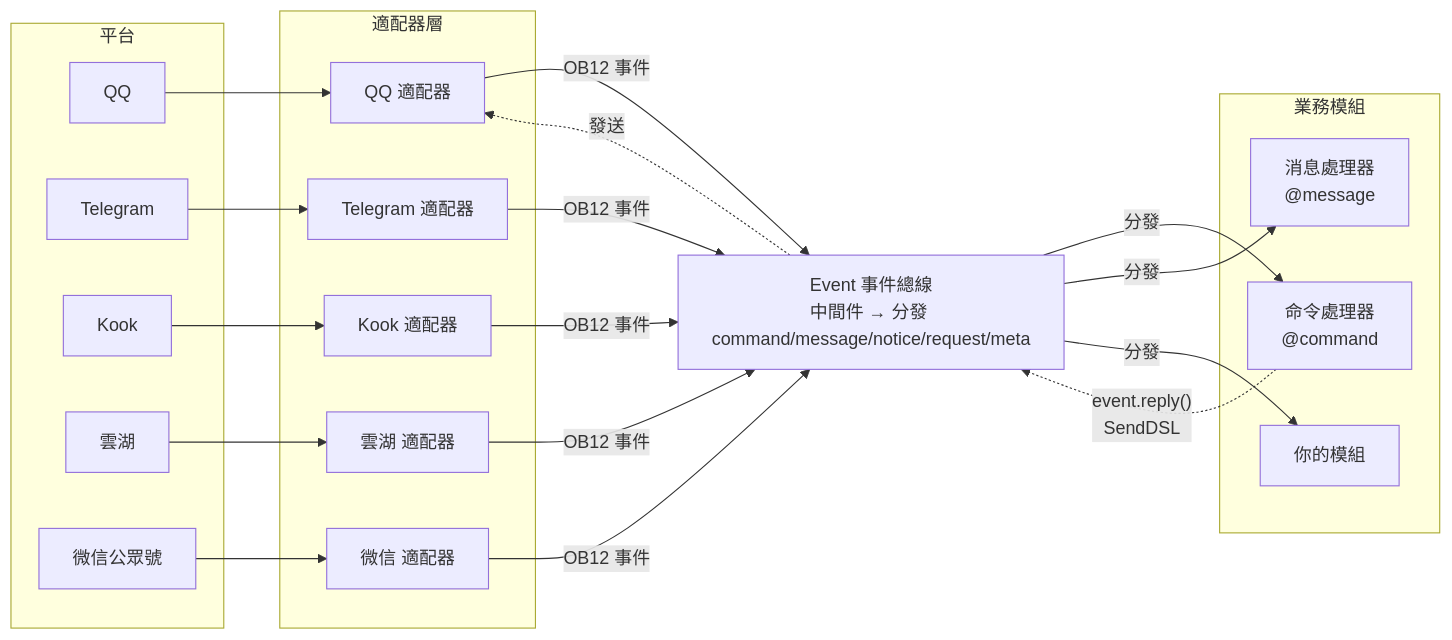
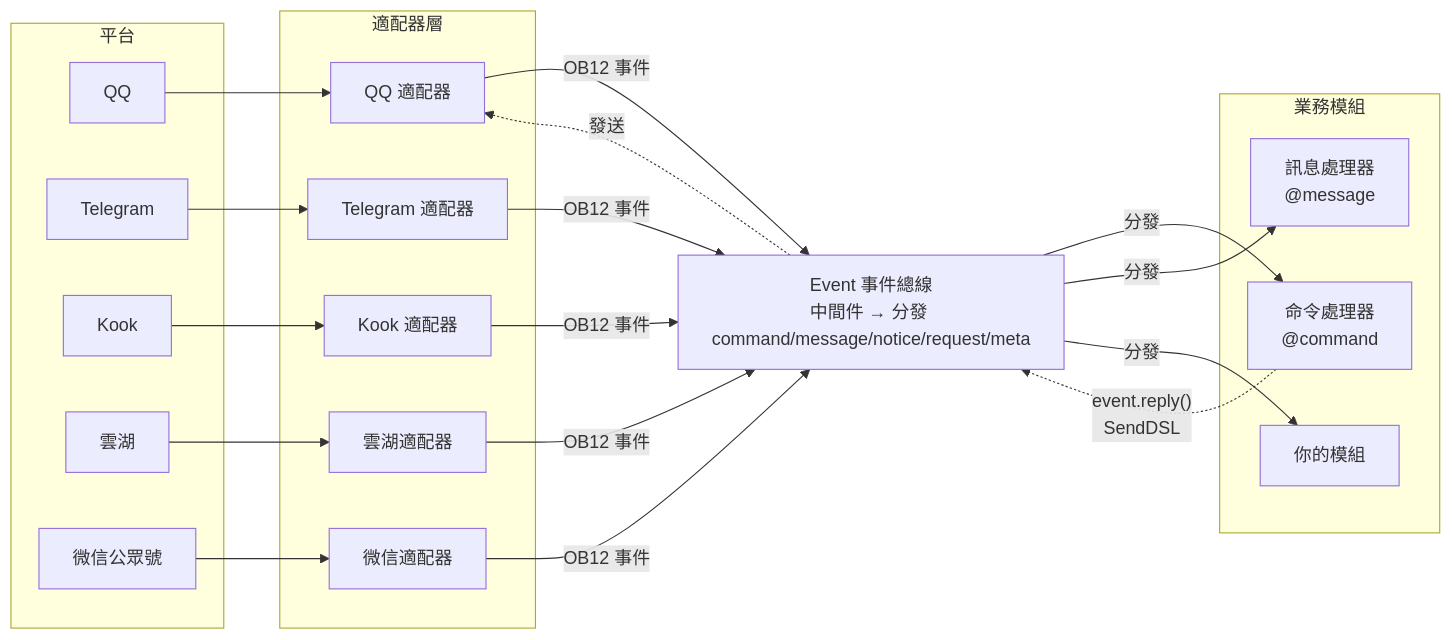
The first of 2 diagrams in README.zh-TW.md (ErisPulse/ErisPulse), drawn with Mermaid before and after one commit. The commit also changed other lines of this file and 7 other files, not shown here.

````diff
--- a/README.zh-TW.md
+++ b/README.zh-TW.md
@@ -111,45 +111,45 @@
 ```mermaid
 graph LR
     subgraph Platforms[平台]
         QQ["QQ"]
         TG["Telegram"]
         Kook["Kook"]
         YH["雲湖"]
         WX["微信公眾號"]
     end
 
     subgraph Adapters[適配器層]
         A1["QQ 適配器"]
         A2["Telegram 適配器"]
         A3["Kook 適配器"]
-        A4["雲湖 適配器"]
-        A5["微信 適配器"]
+        A4["雲湖適配器"]
+        A5["微信適配器"]
     end
 
     Event["Event 事件總線<br/>中間件 → 分發 command/message/notice/request/meta"]
 
     subgraph Modules[業務模組]
         M1["命令處理器<br/>@command"]
-        M2["消息處理器<br/>@message"]
+        M2["訊息處理器<br/>@message"]
         M3["你的模組"]
     end
 
     QQ --> A1
     TG --> A2
     Kook --> A3
     YH --> A4
     WX --> A5
 
     A1 -->|"OB12 事件"| Event
     A2 -->|"OB12 事件"| Event
     A3 -->|"OB12 事件"| Event
     A4 -->|"OB12 事件"| Event
     A5 -->|"OB12 事件"| Event
 
     Event -->|"分發"| M1
     Event -->|"分發"| M2
     Event -->|"分發"| M3
 
     M1 -.->|"event.reply()<br/>SendDSL"| Event
     Event -.->|"發送"| A1
 ```
````
